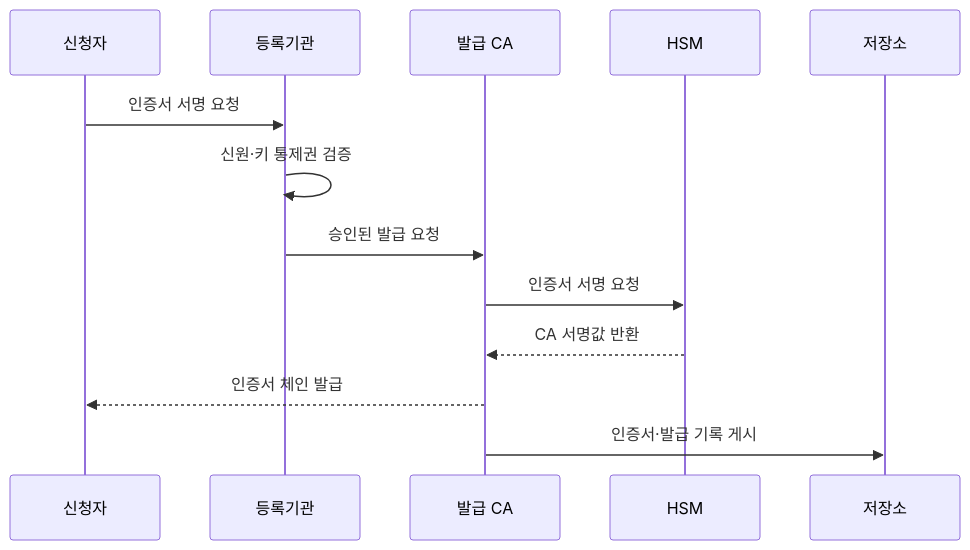
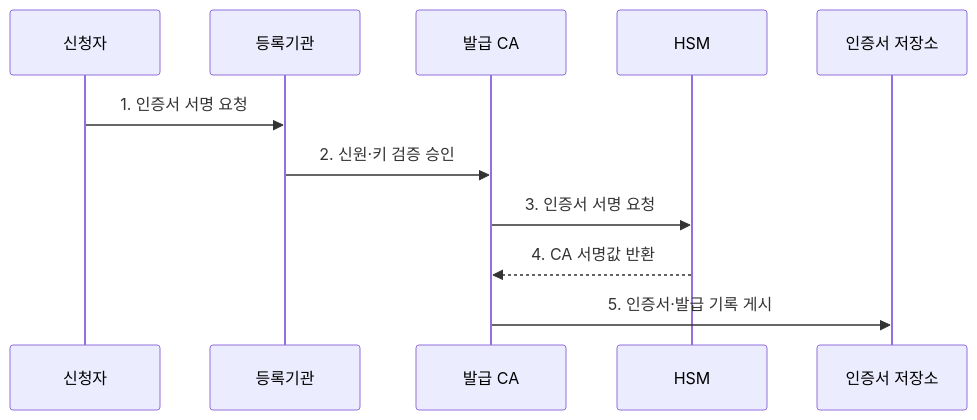
Before and after one commit to agnusdei1207/knowledge-base: the second of 2 diagrams in src/content/docs/notes/05-security/009_certificate_authority.md, drawn with Mermaid. The commit also changed other lines of this file and 22 other files, not shown here.

````diff
--- a/src/content/docs/notes/05-security/009_certificate_authority.md
+++ b/src/content/docs/notes/05-security/009_certificate_authority.md
@@ -82,15 +84,13 @@
 ```mermaid
 sequenceDiagram
     participant S as 신청자
     participant R as 등록기관
     participant C as 발급 CA
     participant H as HSM
-    participant P as 저장소
-    S->>R: 인증서 서명 요청
-    R->>R: 신원·키 통제권 검증
-    R->>C: 승인된 발급 요청
-    C->>H: 인증서 서명 요청
-    H-->>C: CA 서명값 반환
-    C-->>S: 인증서 체인 발급
-    C->>P: 인증서·발급 기록 게시
+    participant P as 인증서 저장소
+    S->>R: 1. 인증서 서명 요청
+    R->>C: 2. 신원·키 검증 승인
+    C->>H: 3. 인증서 서명 요청
+    H-->>C: 4. CA 서명값 반환
+    C->>P: 5. 인증서·발급 기록 게시
 ```
````
